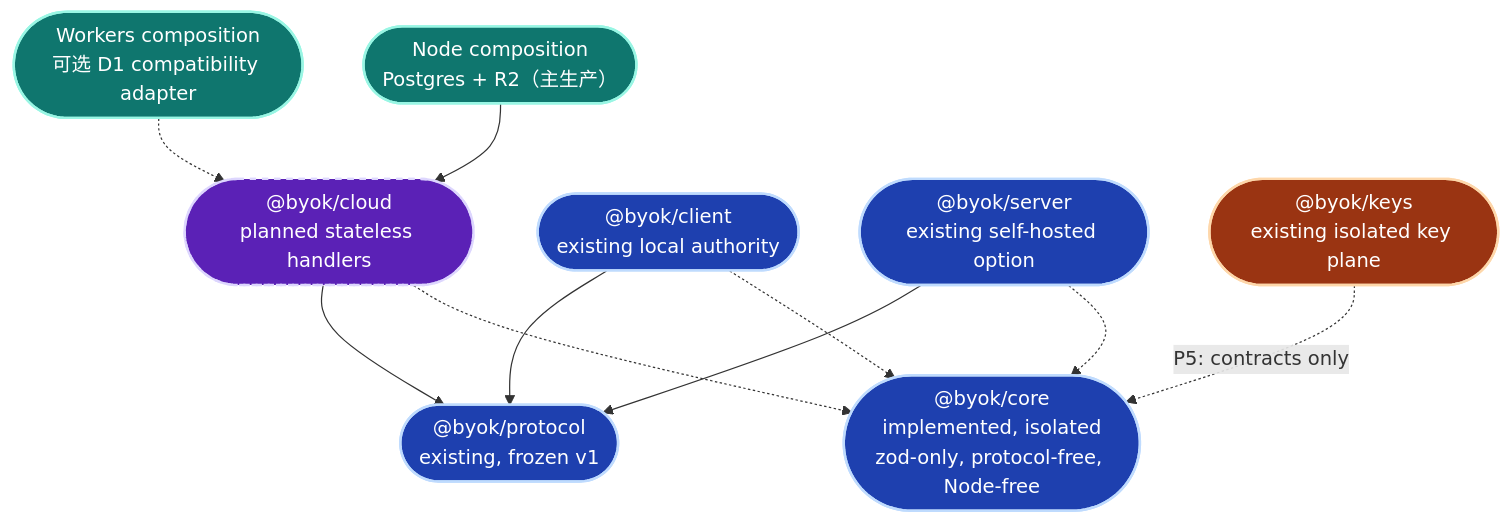
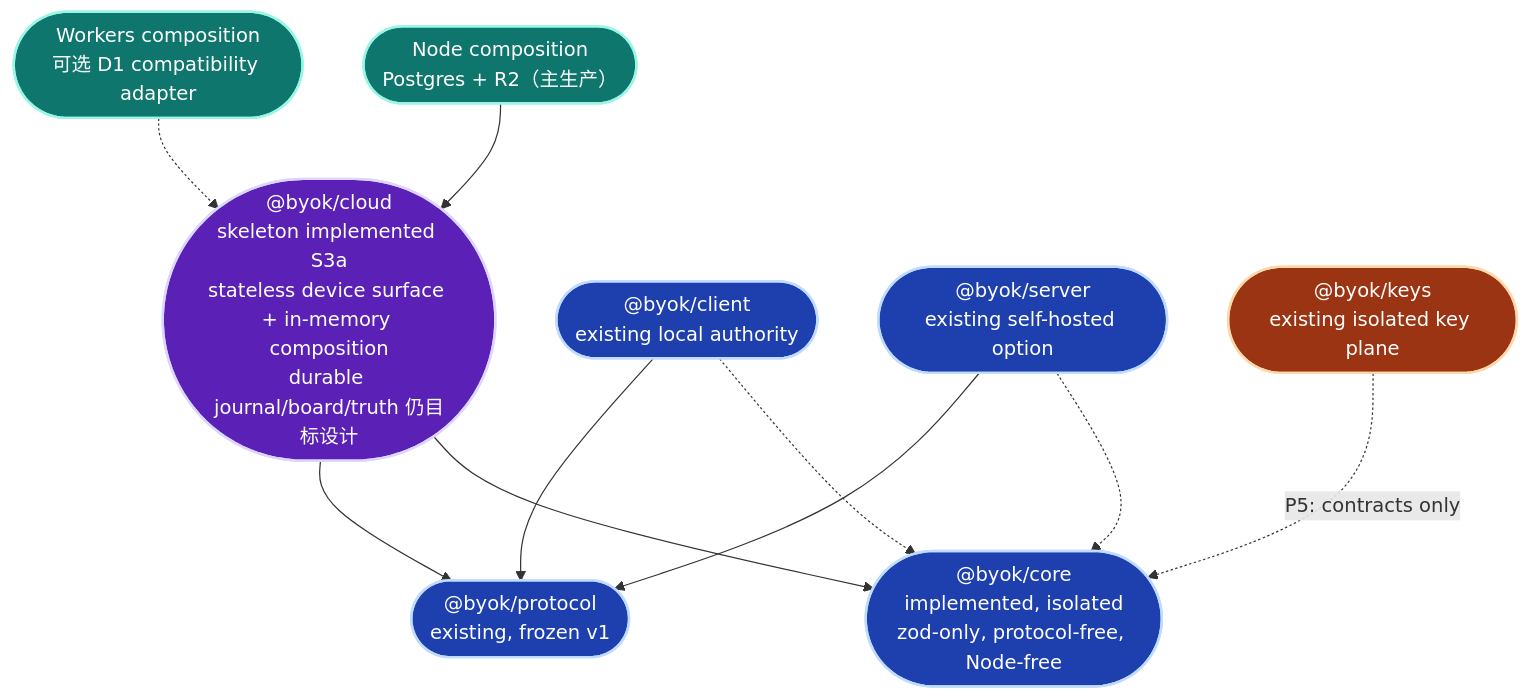
Before and after one commit to Ancienttwo/byok-sdk: diagram 16 of 23 in docs/architecture/sdk-architecture.md, drawn with Mermaid. The commit also changed other lines of this file and 1 other file, not shown here.

Commit message:
docs(architecture): mark the @byok/cloud skeleton and record the S3 split

````diff
--- a/docs/architecture/sdk-architecture.md
+++ b/docs/architecture/sdk-architecture.md
@@ -918,28 +918,26 @@
 ```mermaid
 flowchart TB
   classDef existing fill:#1e40af,stroke:#bfdbfe,stroke-width:2px,color:#fff
   classDef planned fill:#5b21b6,stroke:#ddd6fe,stroke-width:2px,color:#fff
   classDef isolated fill:#9a3412,stroke:#fed7aa,stroke-width:2px,color:#fff
   classDef deploy fill:#0f766e,stroke:#99f6e4,stroke-width:2px,color:#fff
 
   Protocol(["@byok/protocol<br/>existing, frozen v1"]):::existing
   Core(["@byok/core<br/>implemented, isolated<br/>zod-only, protocol-free, Node-free"]):::existing
-  Cloud(["@byok/cloud<br/>planned stateless handlers"]):::planned
+  Cloud(["@byok/cloud<br/>skeleton implemented S3a<br/>stateless device surface + in-memory composition<br/>durable journal/board/truth 仍目标设计"]):::planned
   Client(["@byok/client<br/>existing local authority"]):::existing
   Server(["@byok/server<br/>existing self-hosted option"]):::existing
   Keys(["@byok/keys<br/>existing isolated key plane"]):::isolated
   Node(["Node composition<br/>Postgres + R2（主生产）"]):::deploy
   Workers(["Workers composition<br/>可选 D1 compatibility adapter"]):::deploy
 
-  Cloud -.-> Core
+  Cloud --> Core
   Cloud --> Protocol
   Client -.-> Core
   Client --> Protocol
   Server -.-> Core
   Server --> Protocol
   Keys -.->|"P5: contracts only"| Core
   Node --> Cloud
   Workers -.-> Cloud
-
-  style Cloud stroke-dasharray:5 5
 ```
````
